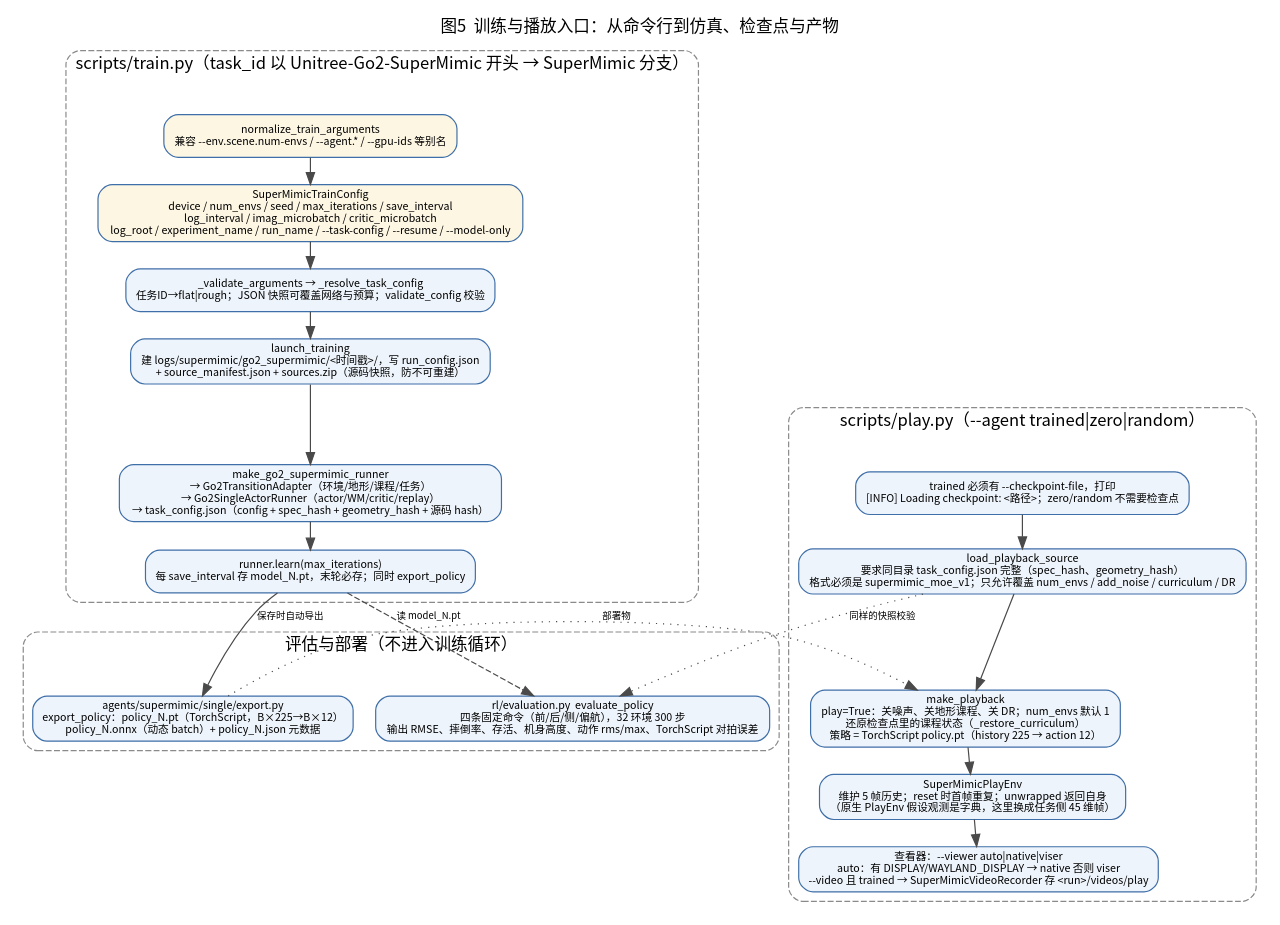
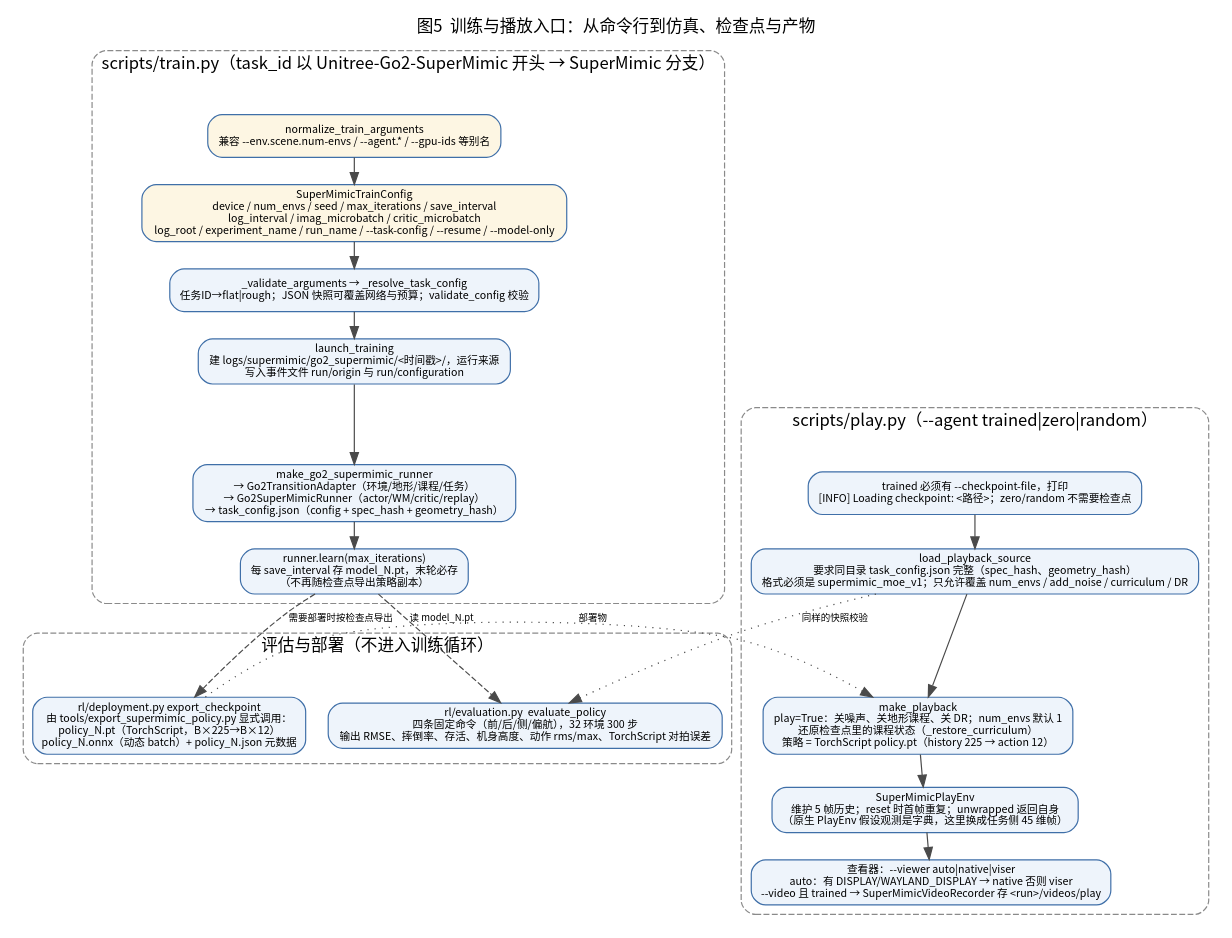
The diagram in docs/analysis/figures/05-entry.dot (kkmjj0721/quadruped_lab), drawn with Graphviz before and after one commit. The commit also changed 56 other files, not shown here.

```diff
--- a/docs/analysis/figures/05-entry.dot
+++ b/docs/analysis/figures/05-entry.dot
@@ -1,38 +1,38 @@
 digraph G {
   graph [rankdir=TB, nodesep=0.26, ranksep=0.30, fontname="Noto Sans CJK SC", fontsize=14,
          label="图5  训练与播放入口：从命令行到仿真、检查点与产物", labelloc="t"];
   node [fontname="Noto Sans CJK SC", fontsize=9, shape=box, style="rounded,filled", fillcolor="#eef4fb", color="#3f6fa8"];
   edge [fontname="Noto Sans CJK SC", fontsize=8, color="#4a4a4a"];
 
   subgraph cluster_train {
     label="scripts/train.py（task_id 以 Unitree-Go2-SuperMimic 开头 → SuperMimic 分支）"; style="rounded,dashed"; color="#8a8a8a";
     t0 [label="normalize_train_arguments\n兼容 --env.scene.num-envs / --agent.* / --gpu-ids 等别名", fillcolor="#fdf6e3"];
     t1 [label="SuperMimicTrainConfig\ndevice / num_envs / seed / max_iterations / save_interval\nlog_interval / imag_microbatch / critic_microbatch\nlog_root / experiment_name / run_name / --task-config / --resume / --model-only", fillcolor="#fdf6e3"];
     t2 [label="_validate_arguments → _resolve_task_config\n任务ID→flat|rough；JSON 快照可覆盖网络与预算；validate_config 校验"];
-    t3 [label="launch_training\n建 logs/supermimic/go2_supermimic/<时间戳>/，写 run_config.json\n+ source_manifest.json + sources.zip（源码快照，防不可重建）"];
-    t4 [label="make_go2_supermimic_runner\n→ Go2TransitionAdapter（环境/地形/课程/任务）\n→ Go2SingleActorRunner（actor/WM/critic/replay）\n→ task_config.json（config + spec_hash + geometry_hash + 源码 hash）"];
-    t5 [label="runner.learn(max_iterations)\n每 save_interval 存 model_N.pt，末轮必存；同时 export_policy"];
+    t3 [label="launch_training\n建 logs/supermimic/go2_supermimic/<时间戳>/，运行来源\n写入事件文件 run/origin 与 run/configuration"];
+    t4 [label="make_go2_supermimic_runner\n→ Go2TransitionAdapter（环境/地形/课程/任务）\n→ Go2SuperMimicRunner（actor/WM/critic/replay）\n→ task_config.json（config + spec_hash + geometry_hash）"];
+    t5 [label="runner.learn(max_iterations)\n每 save_interval 存 model_N.pt，末轮必存\n（不再随检查点导出策略副本）"];
     t0 -> t1 -> t2 -> t3 -> t4 -> t5;
   }
 
   subgraph cluster_play {
     label="scripts/play.py（--agent trained|zero|random）"; style="rounded,dashed"; color="#8a8a8a";
     p0 [label="trained 必须有 --checkpoint-file，打印\n[INFO] Loading checkpoint: <路径>；zero/random 不需要检查点"];
     p1 [label="load_playback_source\n要求同目录 task_config.json 完整（spec_hash、geometry_hash）\n格式必须是 supermimic_moe_v1；只允许覆盖 num_envs / add_noise / curriculum / DR"];
     p2 [label="make_playback\nplay=True：关噪声、关地形课程、关 DR；num_envs 默认 1\n还原检查点里的课程状态（_restore_curriculum）\n策略 = TorchScript policy.pt（history 225 → action 12）"];
     p3 [label="SuperMimicPlayEnv\n维护 5 帧历史；reset 时首帧重复；unwrapped 返回自身\n（原生 PlayEnv 假设观测是字典，这里换成任务侧 45 维帧）"];
     p4 [label="查看器：--viewer auto|native|viser\nauto：有 DISPLAY/WAYLAND_DISPLAY → native 否则 viser\n--video 且 trained → SuperMimicVideoRecorder 存 <run>/videos/play"];
     p0 -> p1 -> p2 -> p3 -> p4;
   }
 
   subgraph cluster_eval {
     label="评估与部署（不进入训练循环）"; style="rounded,dashed"; color="#8a8a8a";
     e1 [label="rl/evaluation.py  evaluate_policy\n四条固定命令（前/后/侧/偏航），32 环境 300 步\n输出 RMSE、摔倒率、存活、机身高度、动作 rms/max、TorchScript 对拍误差"];
-    e2 [label="agents/supermimic/single/export.py\nexport_policy：policy_N.pt（TorchScript，B×225→B×12）\npolicy_N.onnx（动态 batch）+ policy_N.json 元数据"];
+    e2 [label="rl/deployment.py export_checkpoint\n由 tools/export_supermimic_policy.py 显式调用：\npolicy_N.pt（TorchScript，B×225→B×12）\npolicy_N.onnx（动态 batch）+ policy_N.json 元数据"];
   }
 
   t5 -> e1 [style=dashed, label="读 model_N.pt"];
-  t5 -> e2 [label="保存时自动导出"];
+  t5 -> e2 [style=dashed, label="需要部署时按检查点导出"];
   e2 -> p2 [style=dotted, label="部署物"];
   p1 -> e1 [style=dotted, label="同样的快照校验"];
 }
```
